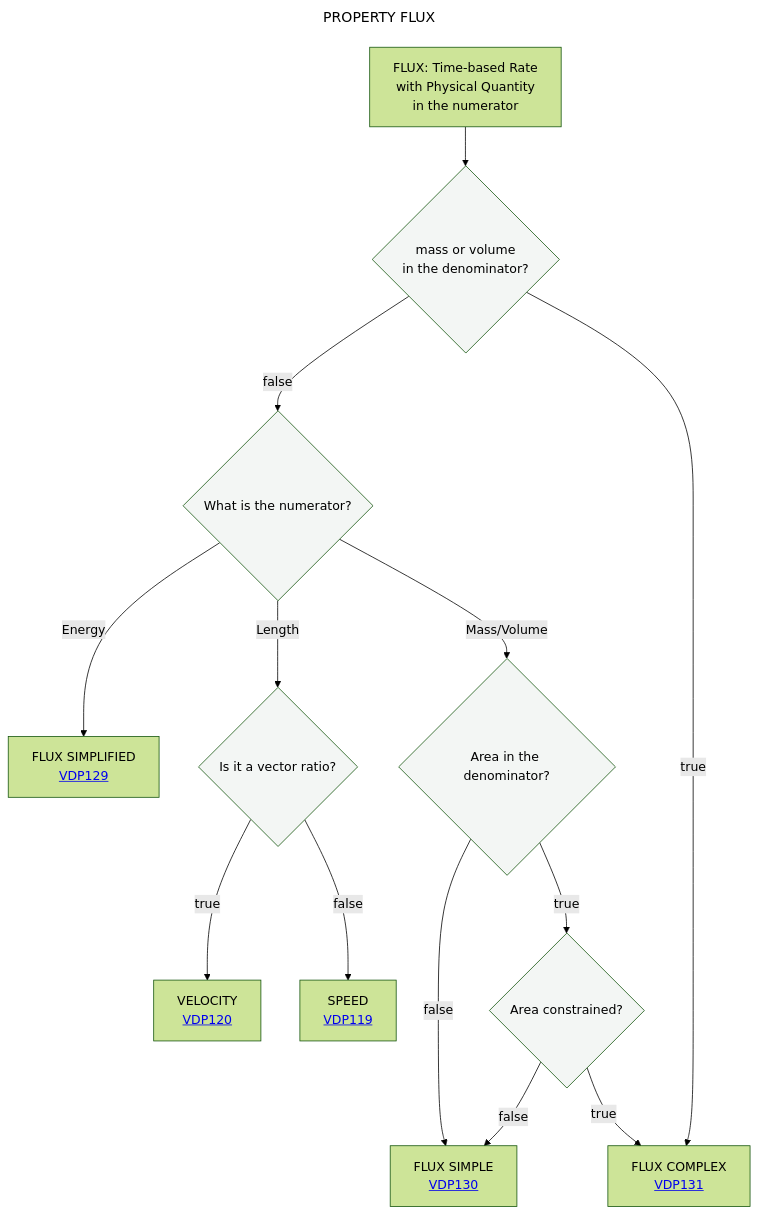
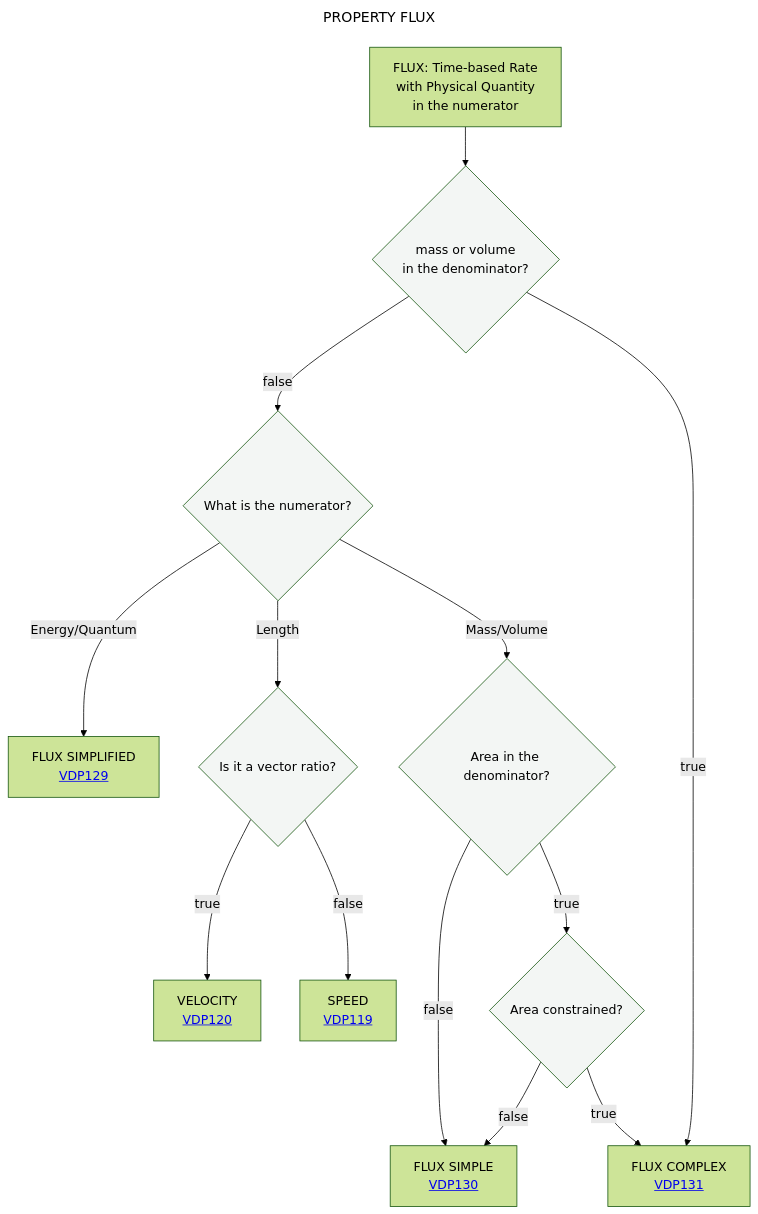
The diagram in Decisition_trees/DT4.mmd (mabablue/I-ADOPT-patterns-playground), drawn with Mermaid (forest theme) before and after one commit.

```diff
--- a/Decisition_trees/DT4.mmd
+++ b/Decisition_trees/DT4.mmd
@@ -1,20 +1,20 @@
 ---
 title: PROPERTY FLUX
 ---
 flowchart TD
     A[FLUX: Time-based Rate <br> with Physical Quantity <br> in the numerator] --> B{mass or volume <br> in the denominator?}:::white
     B --> |false|C{What is the numerator?}:::white
-    C -- Energy--> D[FLUX SIMPLIFIED <br> <a href='https://github.com/mabablue/I-ADOPT-patterns-playground/blob/main/pattern/VDP129.yaml'>VDP129</a>]
+    C -- Energy/Quantum--> D[FLUX SIMPLIFIED <br> <a href='https://github.com/mabablue/I-ADOPT-patterns-playground/blob/main/pattern/VDP129.yaml'>VDP129</a>]
     C -- Length --> E{Is it a vector ratio?}:::white
     E --> |true|J[VELOCITY <br> <a href='https://github.com/mabablue/I-ADOPT-patterns-playground/blob/main/pattern/VDP120.yaml'>VDP120</a] 
     E --> |false|K[SPEED <br> <a href='https://github.com/mabablue/I-ADOPT-patterns-playground/blob/main/pattern/VDP119.yaml'>VDP119</a] 
     C -- Mass/Volume --> F{Area in the denominator?}:::white
     F --> |true|G{Area constrained?}:::white 
     G --> |true|H[FLUX COMPLEX <br> <a href='https://github.com/mabablue/I-ADOPT-patterns-playground/blob/main/pattern/VDP131.yaml'>VDP131</a>]
     F --> |false|I[FLUX SIMPLE <br> <a href='https://github.com/mabablue/I-ADOPT-patterns-playground/blob/main/pattern/VDP130.yaml'>VDP130</a>]
     G --> |false|I
     B --> |true|H
    classDef blue fill:#90D5FF
    classDef satblue fill:#57B9FF 
    classDef white fill:#f3f6f4
    classDef green fill:#6aa84f
```
